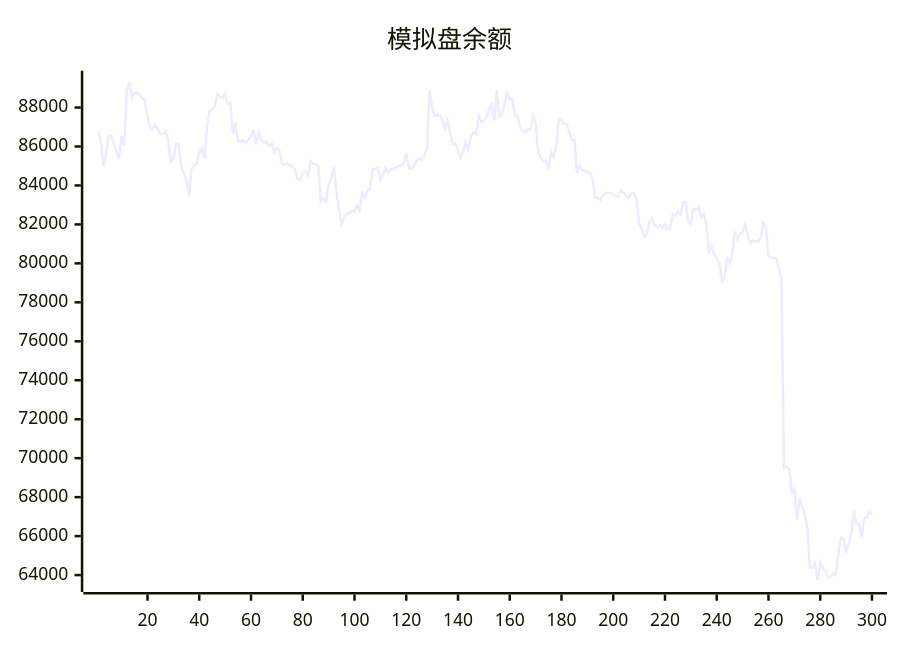
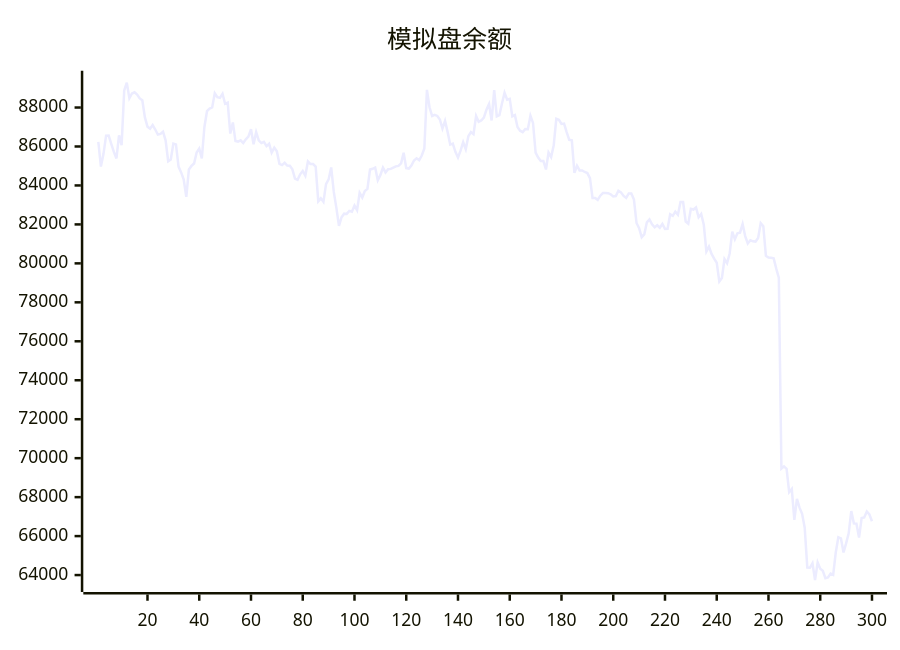
Before and after one commit to aahl/ai-trading: the diagram in README.md, drawn with Mermaid. The commit also changed other lines of this file and 1 other file, not shown here.

````diff
--- a/README.md
+++ b/README.md
@@ -5,5 +5,5 @@
 ```mermaid
 xychart
     title "模拟盘余额"
-    line [86780,86238,84966,85623,86555,86562,86129,85722,85387,86569,86070,88870,89278,88477,88720,88781,88668,88467,88372,87493,87018,86917,87102,86870,86613,86644,86758,86317,85242,85334,86149,86106,84968,84671,84302,83410,84816,85001,85127,85693,85891,85384,87001,87811,87945,88007,88734,88528,88495,88705,88189,88248,86662,87234,86279,86251,86314,86177,86364,86503,86886,86114,86731,86310,86176,86240,86017,86136,85685,85938,85749,85111,85044,85164,85016,85008,84824,84354,84287,84572,84745,84500,85234,85096,85095,84970,83180,83338,83157,84070,84309,84922,83667,82850,81924,82369,82552,82539,82695,82648,82962,82728,83619,83378,83710,83825,84819,84854,84917,84265,84527,84919,84668,84834,84850,84916,84981,85004,85131,85674,84891,84864,85019,85284,85393,85294,85538,85894,88904,88012,87567,87625,87568,87386,86920,87313,86737,86094,86143,85725,85437,85787,86219,85859,86526,86740,86630,87563,87264,87335,87483,87886,88180,87335,88894,87544,87608,88207,88755,88401,88444,87543,87608,87000,86810,86740,86894,86884,87576,87209,85686,85435,85251,85255,84820,85689,85453,86066,87420,87373,87161,87178,86740,86341,86315,84643,85012,84772,84768,84690,84635,84376,83360,83357,83259,83474,83608,83606,83602,83548,83440,83454,83724,83644,83464,83365,83590,83592,83275,82072,81806,81344,81492,82109,82254,82006,81848,81955,81829,82022,81769,81776,82522,82441,82656,82498,83144,83144,82150,82038,82797,82763,82872,82367,82536,81981,80612,80862,80484,80242,80034,79063,79245,80226,80016,80507,81625,81233,81544,81578,82016,81401,81019,81186,81130,81118,81306,82066,81909,80392,80304,80291,80258,79729,79261,69466,69579,69456,68251,68415,66832,67911,67462,67144,66432,64380,64375,64606,63740,64647,64324,64216,63842,63877,64078,64008,65156,65945,65888,65157,65625,66144,67284,66653,66639,65924,66925,66956,67263,67108]
+    line [86238,84966,85623,86555,86562,86129,85722,85387,86569,86070,88870,89278,88477,88720,88781,88668,88467,88372,87493,87018,86917,87102,86870,86613,86644,86758,86317,85242,85334,86149,86106,84968,84671,84302,83410,84816,85001,85127,85693,85891,85384,87001,87811,87945,88007,88734,88528,88495,88705,88189,88248,86662,87234,86279,86251,86314,86177,86364,86503,86886,86114,86731,86310,86176,86240,86017,86136,85685,85938,85749,85111,85044,85164,85016,85008,84824,84354,84287,84572,84745,84500,85234,85096,85095,84970,83180,83338,83157,84070,84309,84922,83667,82850,81924,82369,82552,82539,82695,82648,82962,82728,83619,83378,83710,83825,84819,84854,84917,84265,84527,84919,84668,84834,84850,84916,84981,85004,85131,85674,84891,84864,85019,85284,85393,85294,85538,85894,88904,88012,87567,87625,87568,87386,86920,87313,86737,86094,86143,85725,85437,85787,86219,85859,86526,86740,86630,87563,87264,87335,87483,87886,88180,87335,88894,87544,87608,88207,88755,88401,88444,87543,87608,87000,86810,86740,86894,86884,87576,87209,85686,85435,85251,85255,84820,85689,85453,86066,87420,87373,87161,87178,86740,86341,86315,84643,85012,84772,84768,84690,84635,84376,83360,83357,83259,83474,83608,83606,83602,83548,83440,83454,83724,83644,83464,83365,83590,83592,83275,82072,81806,81344,81492,82109,82254,82006,81848,81955,81829,82022,81769,81776,82522,82441,82656,82498,83144,83144,82150,82038,82797,82763,82872,82367,82536,81981,80612,80862,80484,80242,80034,79063,79245,80226,80016,80507,81625,81233,81544,81578,82016,81401,81019,81186,81130,81118,81306,82066,81909,80392,80304,80291,80258,79729,79261,69466,69579,69456,68251,68415,66832,67911,67462,67144,66432,64380,64375,64606,63740,64647,64324,64216,63842,63877,64078,64008,65156,65945,65888,65157,65625,66144,67284,66653,66639,65924,66925,66956,67263,67108,66766]
 ```
````
